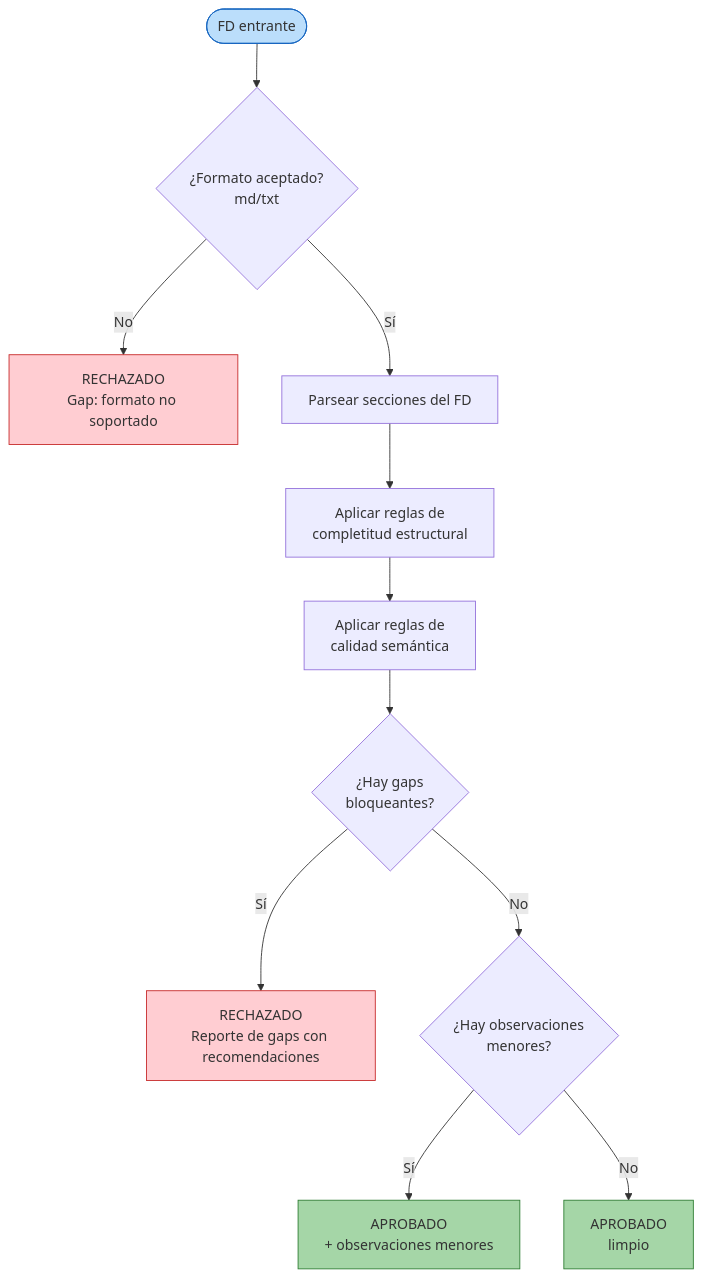
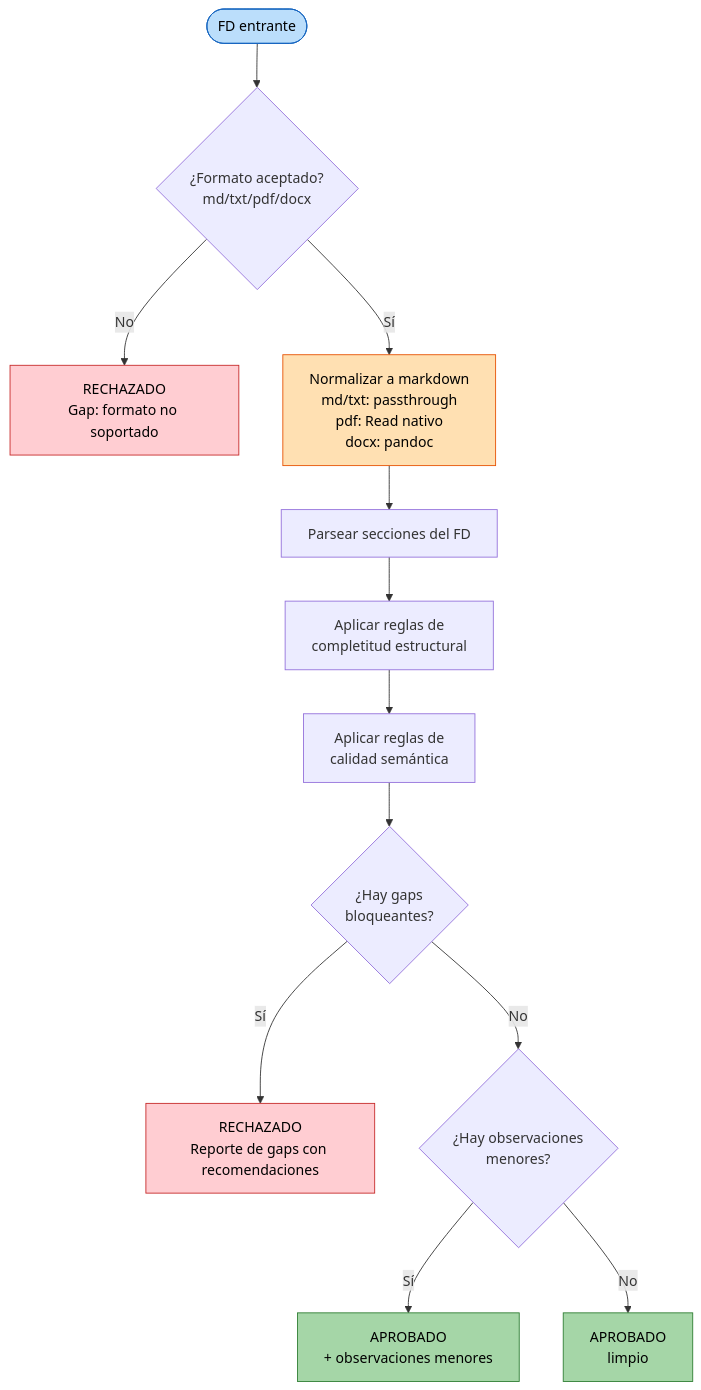
One commit to MiguelAndre/Curso-IA changed the diagram in Estacion-4/Agente-IA-Desarrollo-ABAP/aidlc-docs/construction/U2/functional-design/business-logic-model.md. Above: the diagram before and after it, drawn with Mermaid. The commit also changed other lines of this file and 13 other files, not shown here.

Commit message:
mermaid visualizacion en temas oscuros

````diff
--- a/Estacion-4/Agente-IA-Desarrollo-ABAP/aidlc-docs/construction/U2/functional-design/business-logic-model.md
+++ b/Estacion-4/Agente-IA-Desarrollo-ABAP/aidlc-docs/construction/U2/functional-design/business-logic-model.md
@@ -17,19 +17,22 @@
 ```mermaid
+%%{init: {'theme':'default'}}%%
 flowchart TD
-    A([FD entrante]) --> B{¿Formato aceptado?<br/>md/txt}
-    B -->|No| Z1[RECHAZADO<br/>Gap: formato no soportado]
-    B -->|Sí| C[Parsear secciones del FD]
-    C --> D[Aplicar reglas de<br/>completitud estructural]
-    D --> E[Aplicar reglas de<br/>calidad semántica]
-    E --> F{¿Hay gaps<br/>bloqueantes?}
-    F -->|Sí| Z2[RECHAZADO<br/>Reporte de gaps con recomendaciones]
-    F -->|No| G{¿Hay observaciones<br/>menores?}
-    G -->|Sí| H[APROBADO<br/>+ observaciones menores]
-    G -->|No| I[APROBADO<br/>limpio]
+    A(["FD entrante"]) --> B{"¿Formato aceptado?<br/>md/txt/pdf/docx"}
+    B -->|No| Z1["RECHAZADO<br/>Gap: formato no soportado"]
+    B -->|Sí| N["Normalizar a markdown<br/>md/txt: passthrough<br/>pdf: Read nativo<br/>docx: pandoc"]
+    N --> C["Parsear secciones del FD"]
+    C --> D["Aplicar reglas de<br/>completitud estructural"]
+    D --> E["Aplicar reglas de<br/>calidad semántica"]
+    E --> F{"¿Hay gaps<br/>bloqueantes?"}
+    F -->|Sí| Z2["RECHAZADO<br/>Reporte de gaps con recomendaciones"]
+    F -->|No| G{"¿Hay observaciones<br/>menores?"}
+    G -->|Sí| H["APROBADO<br/>+ observaciones menores"]
+    G -->|No| I["APROBADO<br/>limpio"]
 
-    style A fill:#BBDEFB,stroke:#1565C0
-    style Z1 fill:#FFCDD2,stroke:#C62828
-    style Z2 fill:#FFCDD2,stroke:#C62828
-    style H fill:#A5D6A7,stroke:#2E7D32
-    style I fill:#A5D6A7,stroke:#2E7D32
+    style A fill:#BBDEFB,stroke:#1565C0,color:#000000
+    style N fill:#FFE0B2,stroke:#E65100,color:#000000
+    style Z1 fill:#FFCDD2,stroke:#C62828,color:#000000
+    style Z2 fill:#FFCDD2,stroke:#C62828,color:#000000
+    style H fill:#A5D6A7,stroke:#2E7D32,color:#000000
+    style I fill:#A5D6A7,stroke:#2E7D32,color:#000000
 ```
````
